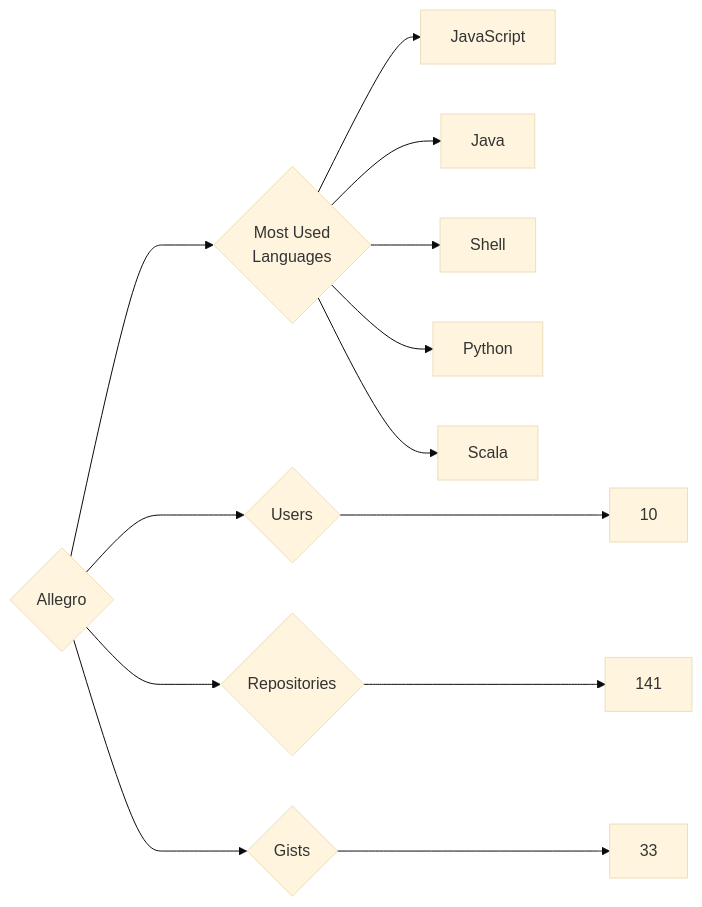
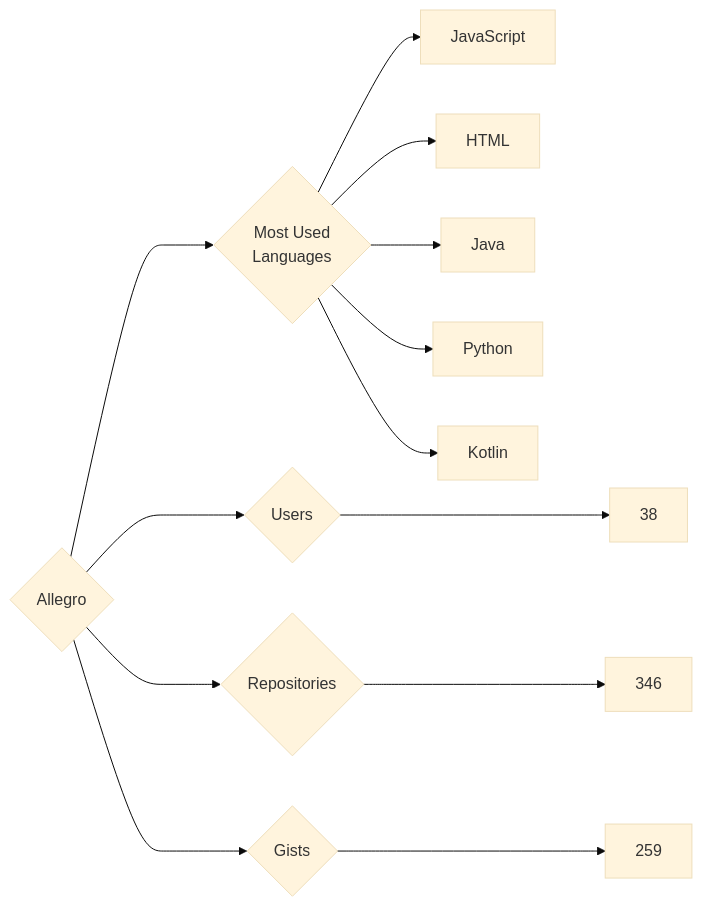
The diagram in targets/Allegro/README.md (trickest/insiders), drawn with Mermaid (base theme) before and after one commit. The commit also changed 714 other files, not shown here.

````diff
--- a/targets/Allegro/README.md
+++ b/targets/Allegro/README.md
@@ -3,13 +3,13 @@
 ```mermaid
 graph LR
 COMPANY_NAME{Allegro}
-COMPANY_NAME ---> U{Users} ---> UN[10]
-COMPANY_NAME ---> R{Repositories} ---> RN[141]
-COMPANY_NAME ---> G{Gists} ---> GN[33]
+COMPANY_NAME ---> U{Users} ---> UN[38]
+COMPANY_NAME ---> R{Repositories} ---> RN[346]
+COMPANY_NAME ---> G{Gists} ---> GN[259]
 COMPANY_NAME ---> ML{Most Used<br>Languages}
 ML --> JavaScript[JavaScript]
+ML --> HTML[HTML]
 ML --> Java[Java]
-ML --> Shell[Shell]
 ML --> Python[Python]
-ML --> Scala[Scala]
+ML --> Kotlin[Kotlin]
 ```
````
